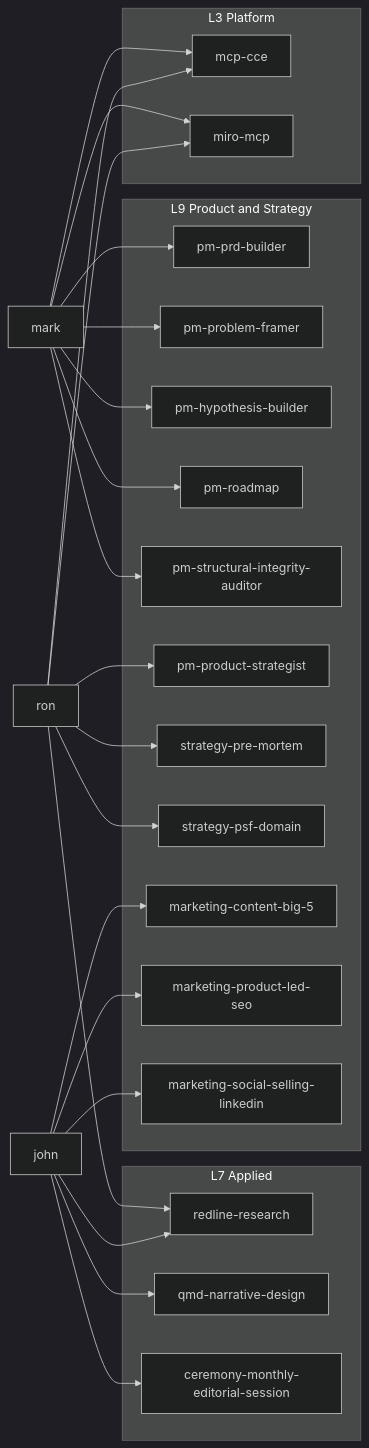
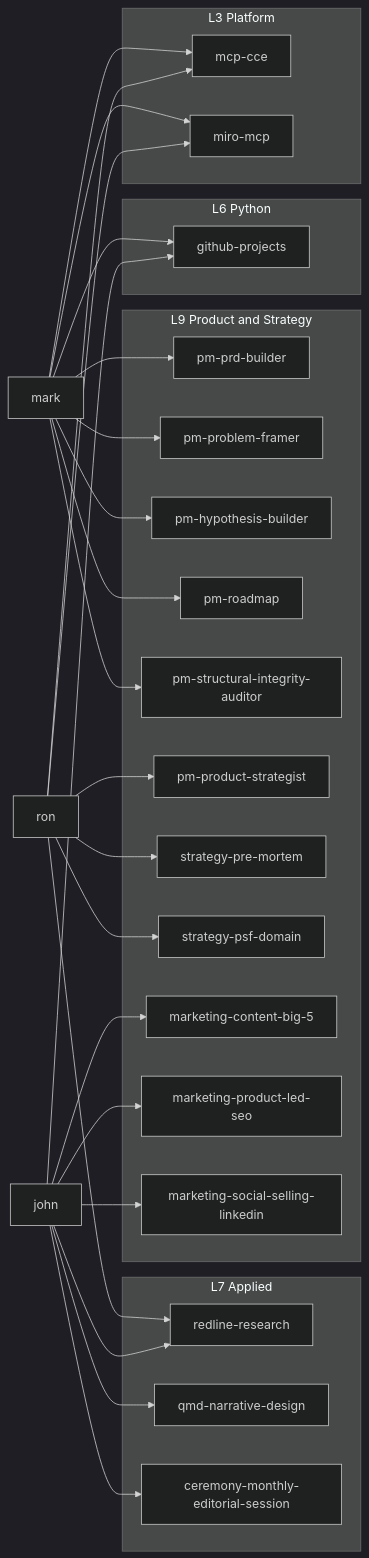
The second of 3 diagrams in docs/architecture/skills-architecture.md (redmarklogic/redline), drawn with Mermaid (dark theme) before and after one commit. The commit also changed other lines of this file and 19 other files, not shown here.

````diff
--- a/docs/architecture/skills-architecture.md
+++ b/docs/architecture/skills-architecture.md
@@ -342,53 +347,59 @@
 ```mermaid
 graph LR
     mrk[mark]
     ron[ron]
     jhn[john]
 
     subgraph L3[L3 Platform]
         cce[mcp-cce]
         mro[miro-mcp]
+    end
+
+    subgraph L6[L6 Python]
+        ghp[github-projects]
     end
 
     subgraph L7[L7 Applied]
         rr[redline-research]
         qnd[qmd-narrative-design]
         cme[ceremony-monthly-editorial-session]
     end
 
     subgraph L9[L9 Product and Strategy]
         pprb[pm-prd-builder]
         ppf[pm-problem-framer]
         phb[pm-hypothesis-builder]
         prm[pm-roadmap]
         psi[pm-structural-integrity-auditor]
         pps[pm-product-strategist]
         spm[strategy-pre-mortem]
         spf[strategy-psf-domain]
         mbb[marketing-content-big-5]
         mps[marketing-product-led-seo]
         msl[marketing-social-selling-linkedin]
     end
 
     mrk --> pprb
     mrk --> ppf
     mrk --> phb
     mrk --> prm
     mrk --> psi
     mrk --> cce
     mrk --> mro
+    mrk --> ghp
 
     ron --> pps
     ron --> spm
     ron --> spf
     ron --> rr
     ron --> mro
     ron --> cce
 
     jhn --> mbb
     jhn --> mps
     jhn --> msl
     jhn --> qnd
     jhn --> cme
     jhn --> rr
+    jhn --> ghp
 ```
````
